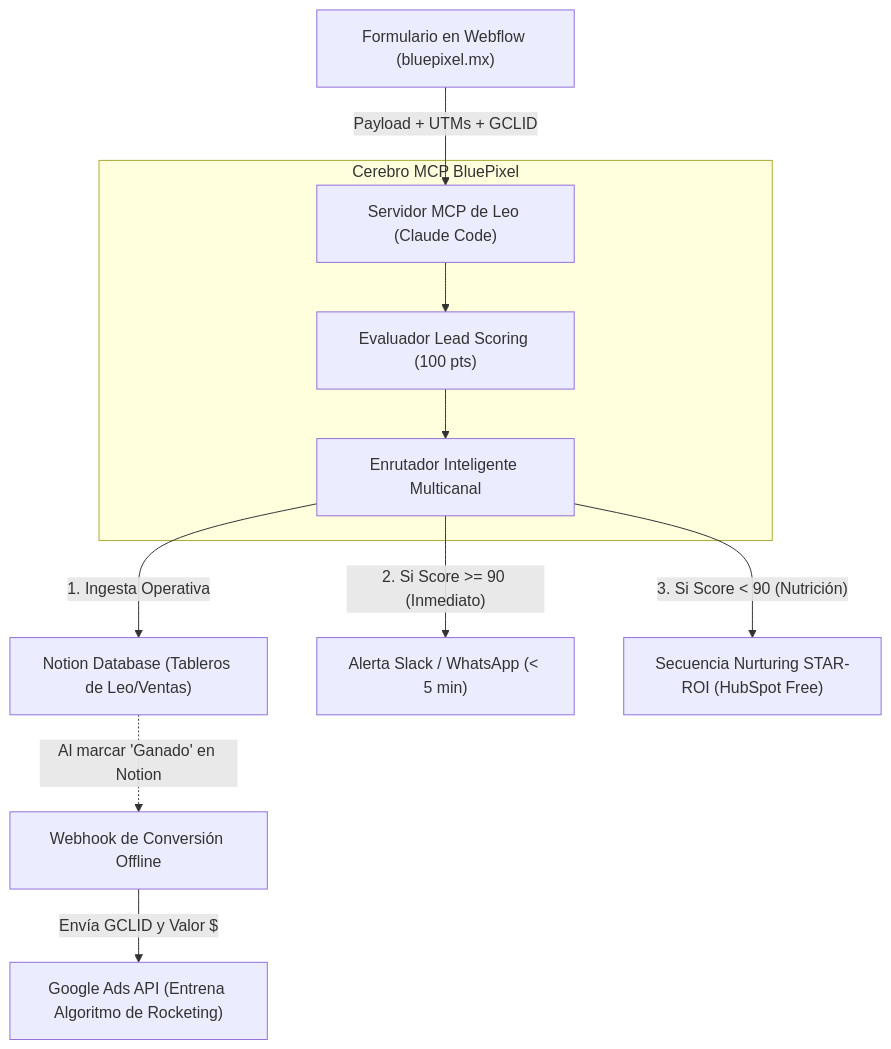
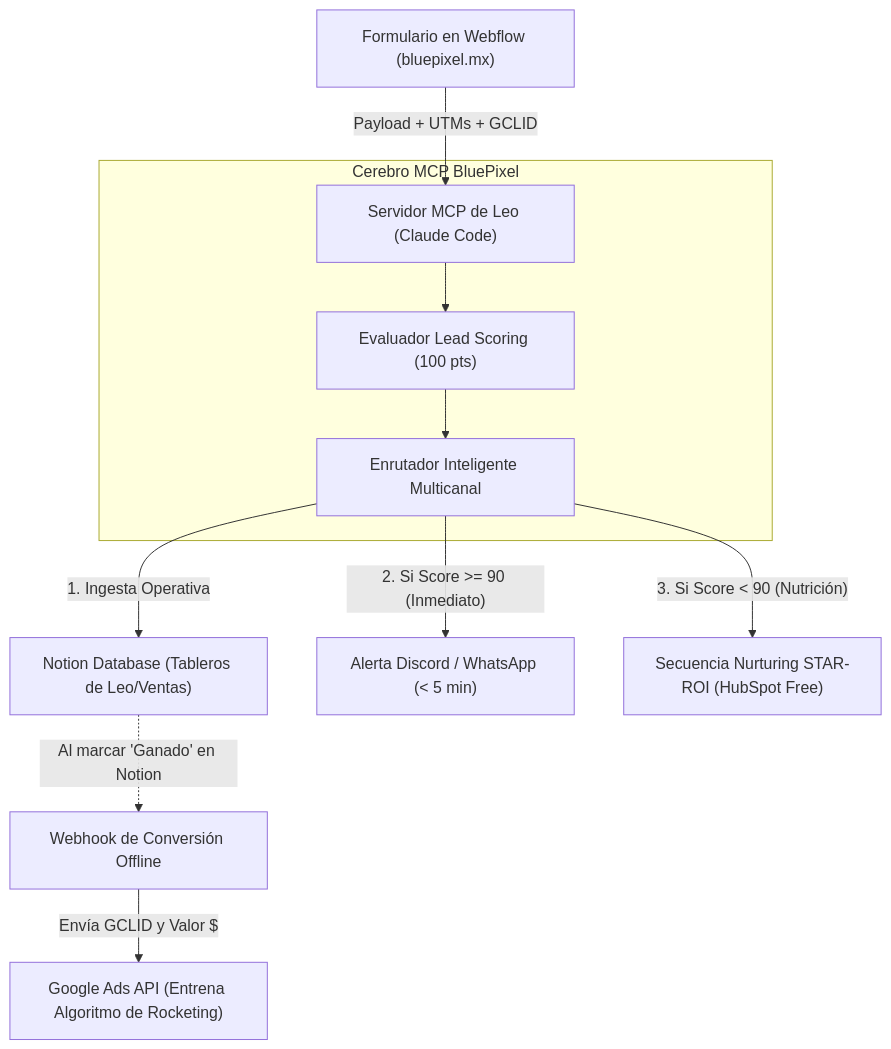
The third of 8 diagrams in 02_Estrategia_B2B/ESTRATEGIA_MAESTRA_BLUEPIXEL_2026.md (jahflavio/bluepixel), drawn with Mermaid before and after one commit. The commit also changed other lines of this file, not shown here.

Commit message:
docs: actualizar canal de comunicacion interna de Slack a Discord en estrategia maestra

````diff
--- a/02_Estrategia_B2B/ESTRATEGIA_MAESTRA_BLUEPIXEL_2026.md
+++ b/02_Estrategia_B2B/ESTRATEGIA_MAESTRA_BLUEPIXEL_2026.md
@@ -243,16 +243,16 @@
 ```mermaid
 graph TD
     Web["Formulario en Webflow (bluepixel.mx)"] -->|"Payload + UTMs + GCLID"| MCP["Servidor MCP de Leo (Claude Code)"]
     
     subgraph Orquestador_MCP["Cerebro MCP BluePixel"]
         MCP --> Scoring["Evaluador Lead Scoring (100 pts)"]
         Scoring --> Routing["Enrutador Inteligente Multicanal"]
     end
     
     Routing -->|"1. Ingesta Operativa"| Notion["Notion Database (Tableros de Leo/Ventas)"]
-    Routing -->|"2. Si Score >= 90 (Inmediato)"| Slack["Alerta Slack / WhatsApp (< 5 min)"]
+    Routing -->|"2. Si Score >= 90 (Inmediato)"| Discord["Alerta Discord / WhatsApp (< 5 min)"]
     Routing -->|"3. Si Score < 90 (Nutrición)"| Nurture["Secuencia Nurturing STAR-ROI (HubSpot Free)"]
     
     Notion -.->|"Al marcar 'Ganado' en Notion"| AdsBridge["Webhook de Conversión Offline"]
     AdsBridge -->|"Envía GCLID y Valor $"| GoogleAds["Google Ads API (Entrena Algoritmo de Rocketing)"]
 ```
````
